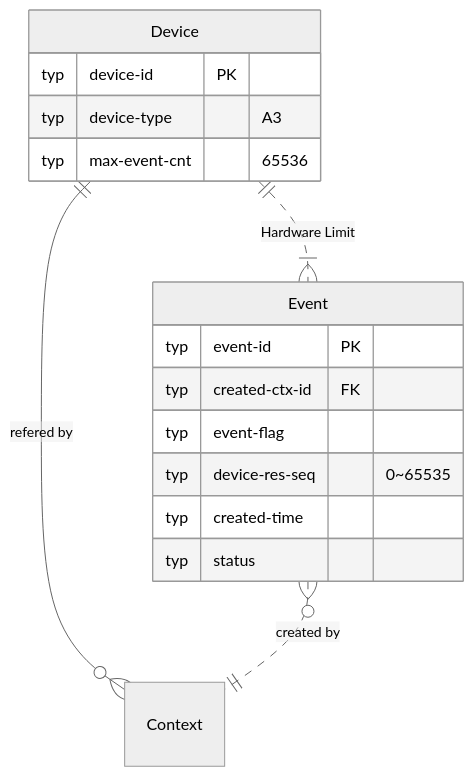
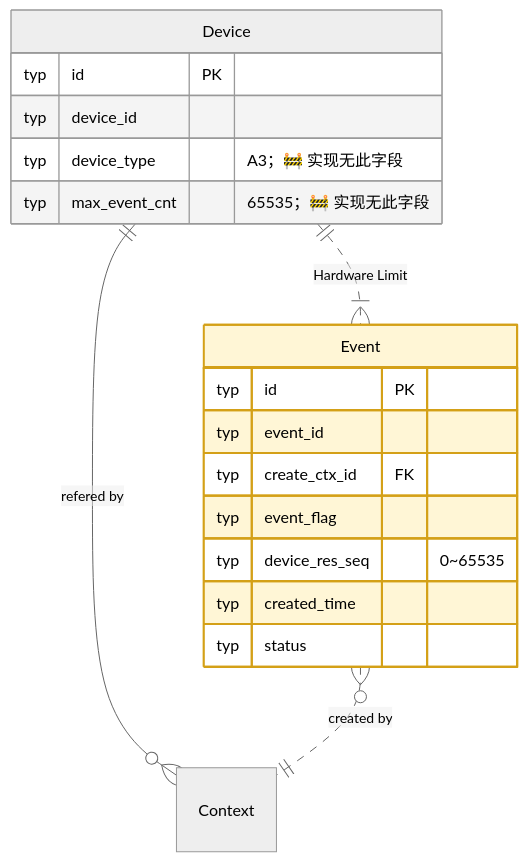
Before and after one commit to Fengfengst123/hcomm-mirror: the tenth of 19 diagrams in test/hccl_vm/docs/simulator_runner_data_model.md, drawn with Mermaid (neutral theme). The commit also changed other lines of this file and 701 other files, not shown here.

````diff
--- a/test/hccl_vm/docs/simulator_runner_data_model.md
+++ b/test/hccl_vm/docs/simulator_runner_data_model.md
@@ -711,20 +884,26 @@
 ```mermaid
 erDiagram
+    %% 🧠 可进程私有：Event（仅 src/proxy 访问）
     Device ||..|{ Event : "Hardware Limit"
     Device ||--o{ Context : "refered by"
     Device {
-        typ device-id PK
-        typ device-type "A3"
-        typ max-event-cnt "65536"
+        typ id PK
+        typ device_id
+        typ device_type "A3；🚧 实现无此字段"
+        typ max_event_cnt "65535；🚧 实现无此字段"
     }
 
     Event }o..|| Context : "created by"
     Event {
-        typ event-id PK
-        typ created-ctx-id FK
-        typ event-flag
-        typ device-res-seq "0~65535"
-        typ created-time
+        typ id PK
+        typ event_id
+        typ create_ctx_id FK
+        typ event_flag
+        typ device_res_seq "0~65535"
+        typ created_time
         typ status
     }
+
+    classDef inproc fill:#fff6d6,stroke:#d4a017,stroke-width:2px
+    class Event inproc
 ```
````
